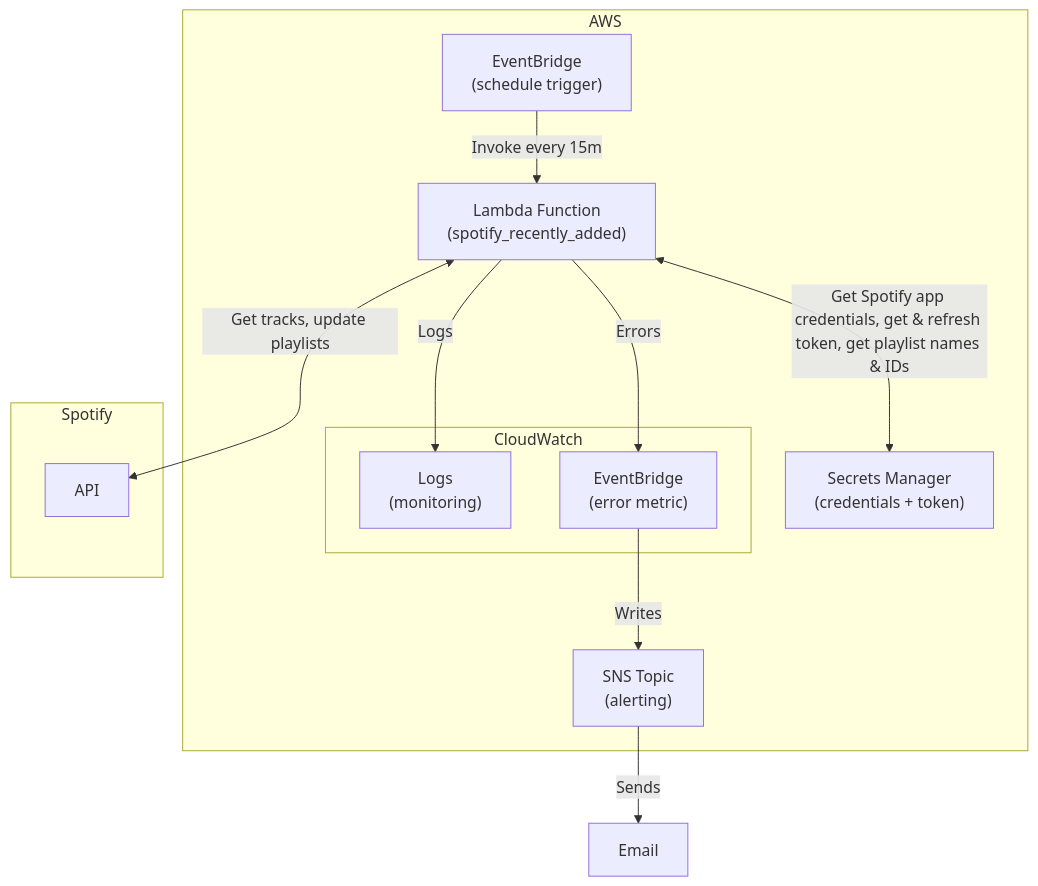
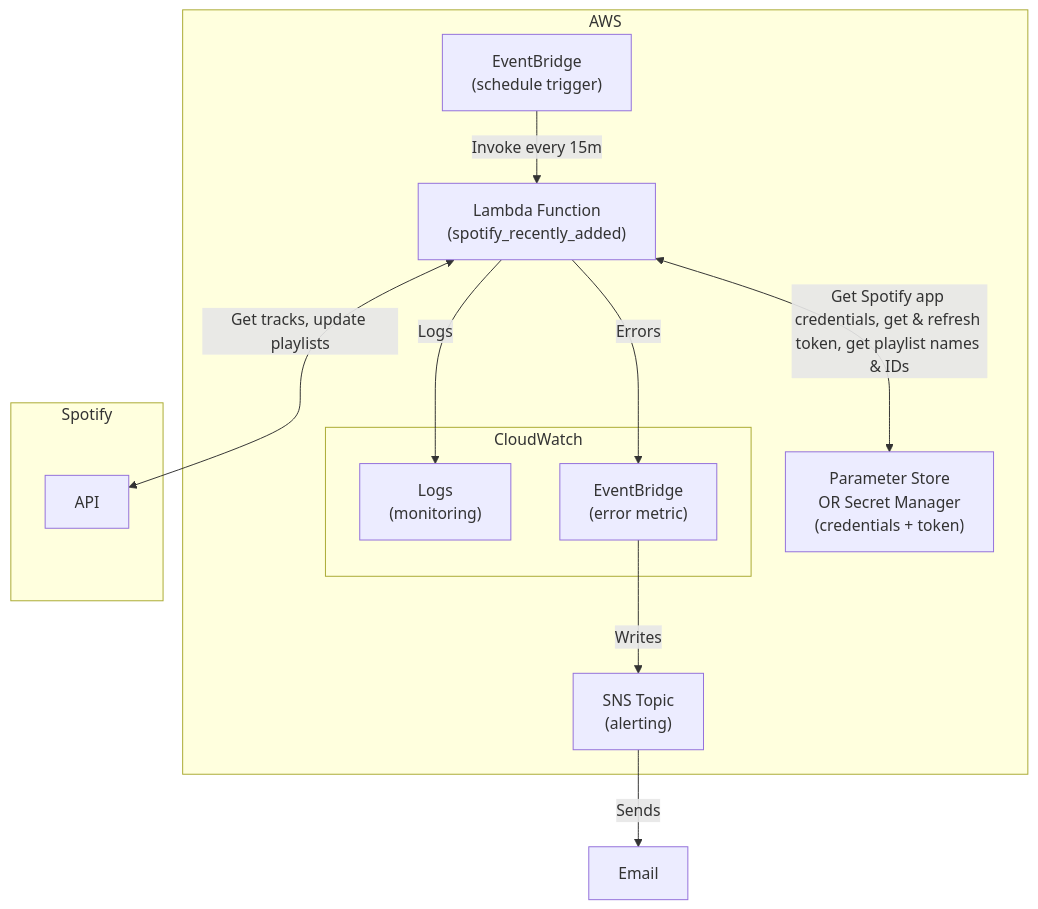
The diagram in README.md (noahlschneider/spotify_recently_added), drawn with Mermaid before and after one commit. The commit also changed other lines of this file and 4 other files, not shown here.

````diff
--- a/README.md
+++ b/README.md
@@ -28,25 +28,25 @@
 ```mermaid
 flowchart TD
     subgraph AWS["AWS"]
         EB["EventBridge<br/>(schedule trigger)"]
         L["Lambda Function<br/>(spotify_recently_added)"]
-        SM["Secrets Manager<br/>(credentials + token)"]
+        PSSM["Parameter Store<br/>OR Secret Manager<br/>(credentials + token)"]
         subgraph CloudWatch
           CWL["Logs<br/>(monitoring)"]
           CWE["EventBridge<br/>(error metric)"]
         end
         SNS["SNS Topic<br/>(alerting)"]
     end
 
     subgraph SPOTIFY["Spotify"]
         API
     end
 
     E["Email"]
 
     EB -->|Invoke every 15m| L
-    L <-->|Get Spotify app credentials, get & refresh token, get playlist names & IDs| SM
+    L <-->|Get Spotify app credentials, get & refresh token, get playlist names & IDs| PSSM
     L <-->|Get tracks, update playlists| API
     L -->|Logs| CWL
     L -->|Errors| CWE -->|Writes| SNS --> |Sends| E
 ```
````
